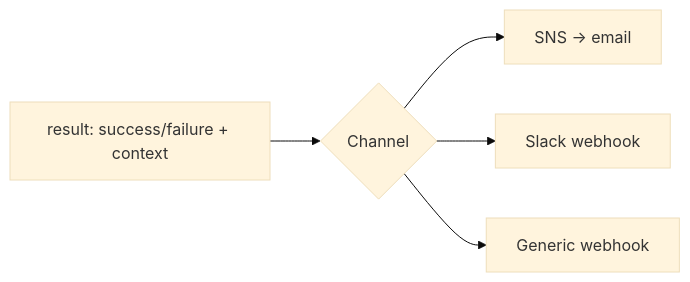
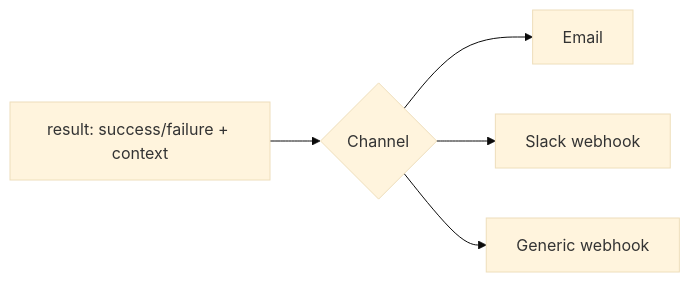
One commit to teddynted/ai-github-repository-blog-generator changed the sixth of 6 diagrams in docs/workflows.md. Above: the diagram before and after it, drawn with Mermaid (base theme). The commit also changed other lines of this file and 12 other files, not shown here.

First line of the commit message:
docs: pivot to self-hosted OpenClaw + Ollama + EC2 Spot architecture

````diff
--- a/docs/workflows.md
+++ b/docs/workflows.md
@@ -160,7 +130,7 @@
 ```mermaid
 flowchart LR
     IN[result: success/failure + context] --> R{Channel}
-    R --> SNS[SNS → email]
+    R --> EMAIL[Email]
     R --> SLACK[Slack webhook]
     R --> WH[Generic webhook]
 ```
````
